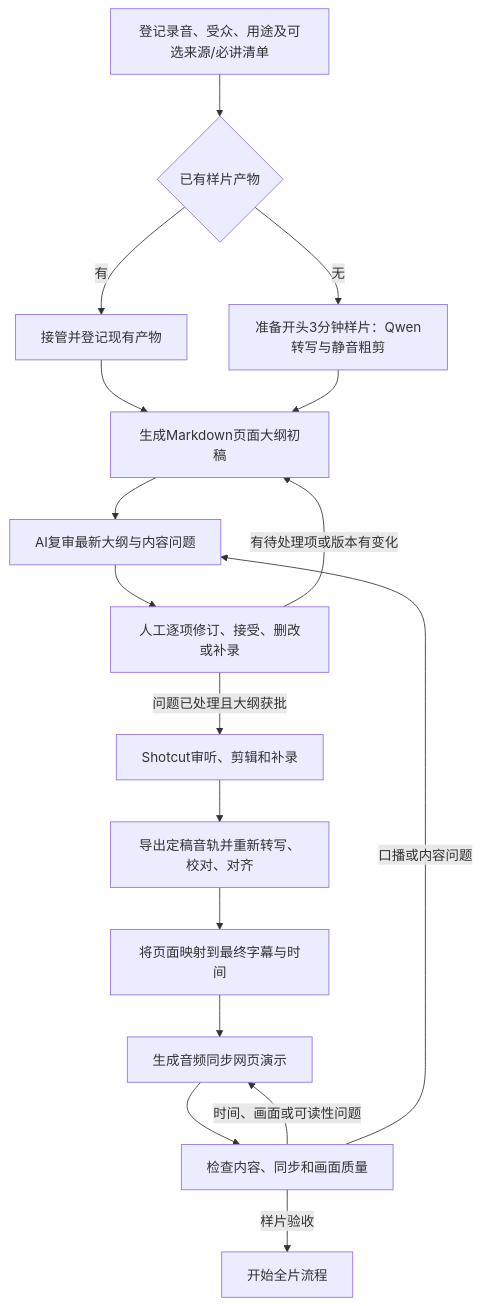
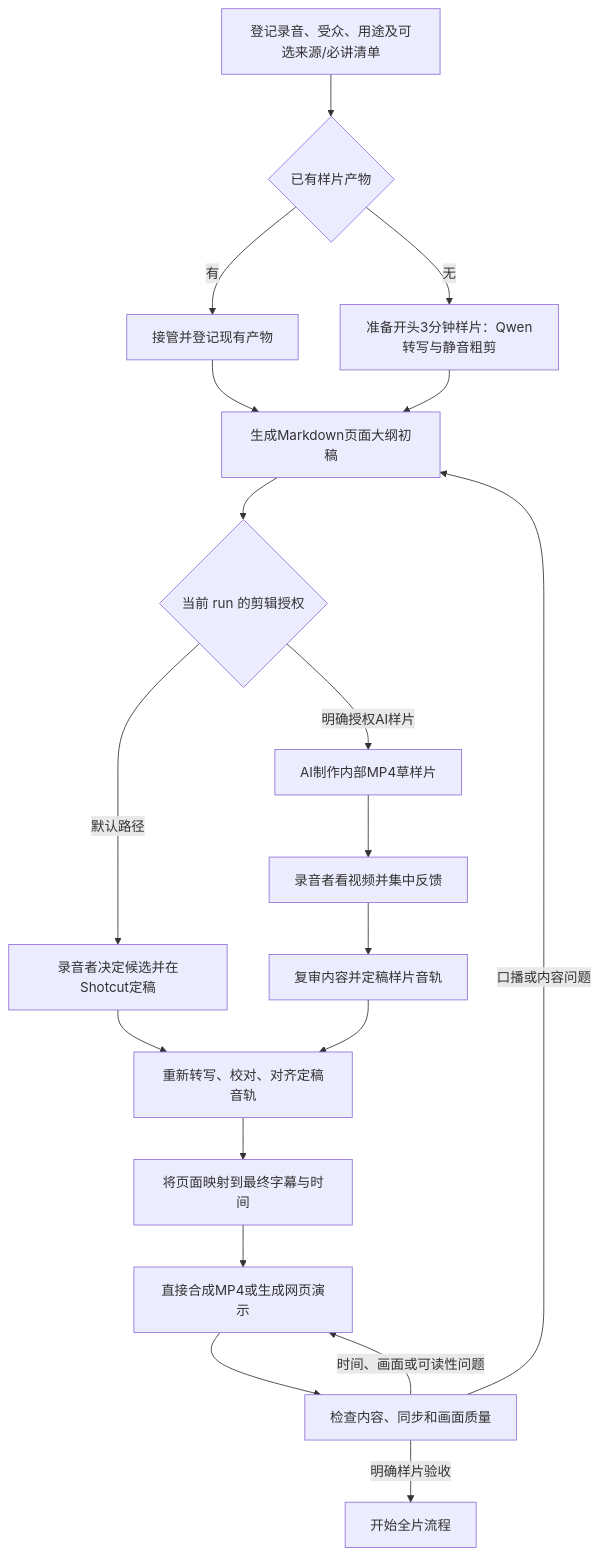
Before and after one commit to shiphex/SDD: the diagram in docs/视频制作工作流.md, drawn with Mermaid. The commit also changed other lines of this file and 12 other files, not shown here.

````diff
--- a/docs/视频制作工作流.md
+++ b/docs/视频制作工作流.md
@@ -17,19 +17,21 @@
 ```mermaid
 flowchart TD
     A[登记录音、受众、用途及可选来源/必讲清单] --> B{已有样片产物}
     B -- 有 --> C[接管并登记现有产物]
     B -- 无 --> D[准备开头3分钟样片：Qwen转写与静音粗剪]
     C --> E[生成Markdown页面大纲初稿]
     D --> E
-    E --> F[AI复审最新大纲与内容问题]
-    F --> G[人工逐项修订、接受、删改或补录]
-    G -->|有待处理项或版本有变化| E
-    G -->|问题已处理且大纲获批| H[Shotcut审听、剪辑和补录]
-    H --> I[导出定稿音轨并重新转写、校对、对齐]
+    E --> F{当前 run 的剪辑授权}
+    F -->|默认路径| G[录音者决定候选并在Shotcut定稿]
+    F -->|明确授权AI样片| N[AI制作内部MP4草样片]
+    N --> O[录音者看视频并集中反馈]
+    O --> P[复审内容并定稿样片音轨]
+    G --> I[重新转写、校对、对齐定稿音轨]
+    P --> I
     I --> J[将页面映射到最终字幕与时间]
-    J --> K[生成音频同步网页演示]
+    J --> K[直接合成MP4或生成网页演示]
     K --> L[检查内容、同步和画面质量]
     L -->|时间、画面或可读性问题| K
-    L -->|口播或内容问题| F
-    L -->|样片验收| M[开始全片流程]
+    L -->|口播或内容问题| E
+    L -->|明确样片验收| M[开始全片流程]
 ```
````
